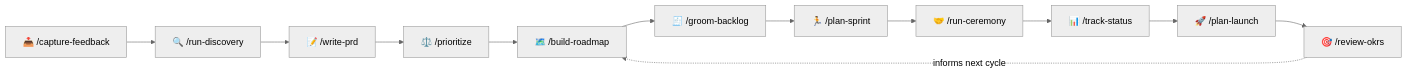
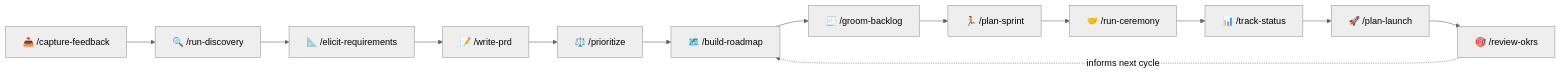
One commit to link7373/agentic-pmo changed the second of 2 diagrams in README.md. Above: the diagram before and after it, drawn with Mermaid (neutral theme). The commit also changed other lines of this file and 75 other files, not shown here.

````diff
--- a/README.md
+++ b/README.md
@@ -84,14 +88,15 @@
 ```mermaid
 flowchart LR
     F["📥 /capture-feedback"] --> D["🔍 /run-discovery"]
-    D --> P["📝 /write-prd"]
+    D --> E["📐 /elicit-requirements"]
+    E --> P["📝 /write-prd"]
     P --> PR["⚖️ /prioritize"]
     PR --> R["🗺️ /build-roadmap"]
     R --> G["🧾 /groom-backlog"]
     G --> S["🏃 /plan-sprint"]
     S --> C["🤝 /run-ceremony"]
     C --> T["📊 /track-status"]
     T --> L["🚀 /plan-launch"]
     L --> RV["🎯 /review-okrs"]
     RV -. "informs next cycle" .-> R
 ```
````
